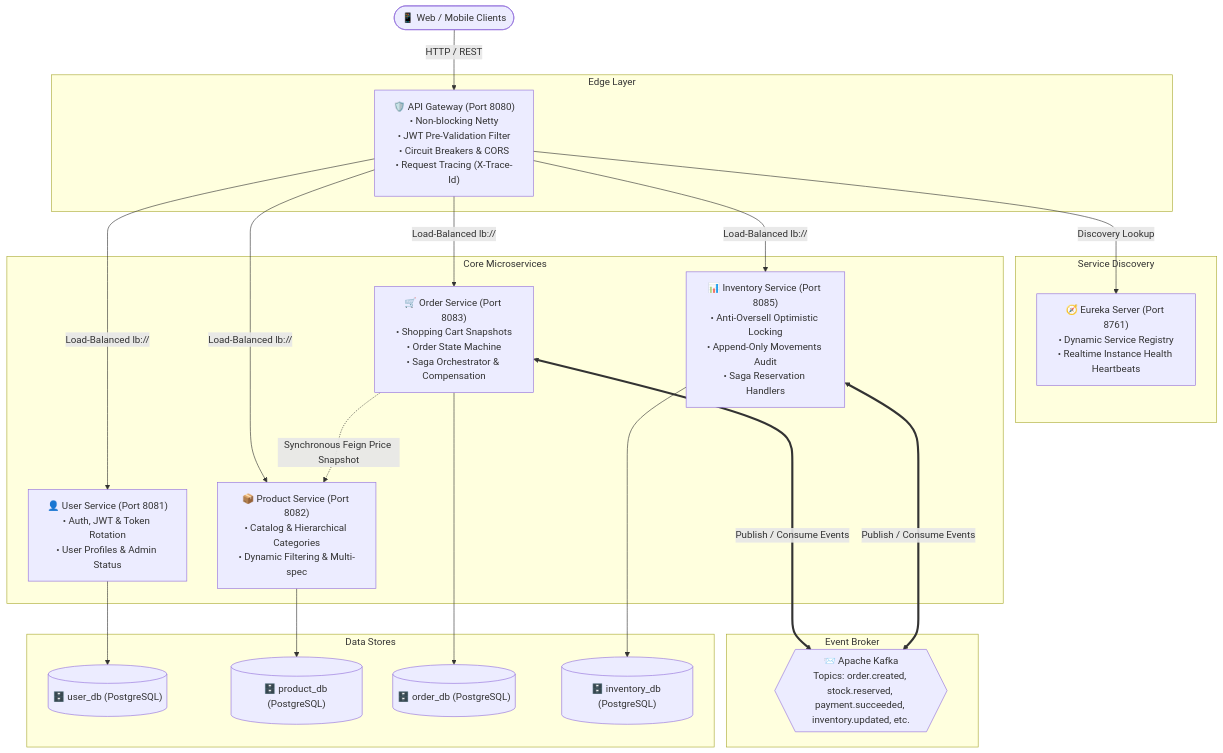
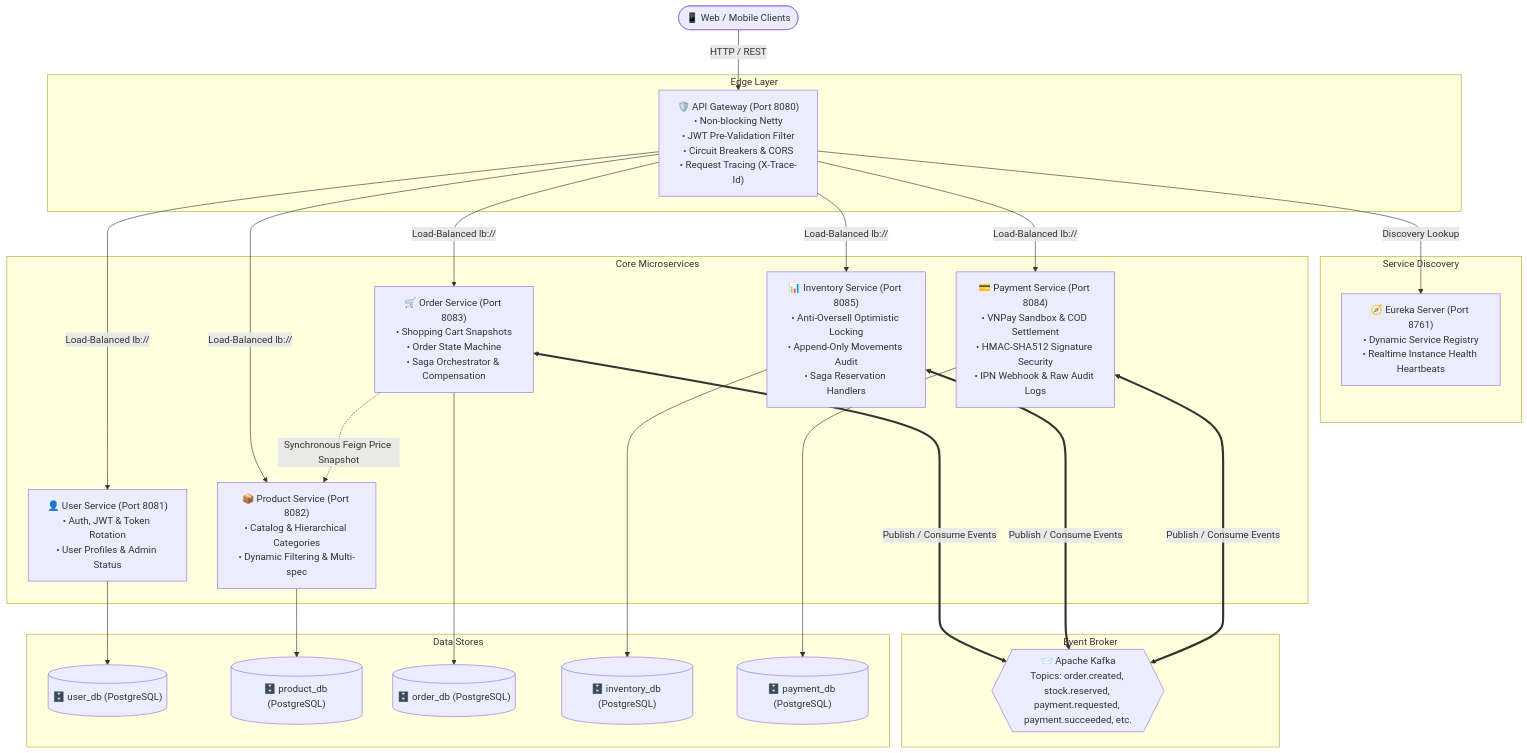
The diagram in README.md (anhnhatdev/minishop), drawn with Mermaid before and after one commit. The commit also changed other lines of this file and 44 other files, not shown here.

````diff
--- a/README.md
+++ b/README.md
@@ -16,46 +16,51 @@
 ```mermaid
 graph TD
     Client(["📱 Web / Mobile Clients"])
     
     subgraph Edge Layer
         Gateway["🛡️ API Gateway (Port 8080)<br/>• Non-blocking Netty<br/>• JWT Pre-Validation Filter<br/>• Circuit Breakers & CORS<br/>• Request Tracing (X-Trace-Id)"]
     end
     
     subgraph Service Discovery
         Eureka["🧭 Eureka Server (Port 8761)<br/>• Dynamic Service Registry<br/>• Realtime Instance Health Heartbeats"]
     end
     
     subgraph Core Microservices
         UserService["👤 User Service (Port 8081)<br/>• Auth, JWT & Token Rotation<br/>• User Profiles & Admin Status"]
         ProductService["📦 Product Service (Port 8082)<br/>• Catalog & Hierarchical Categories<br/>• Dynamic Filtering & Multi-spec"]
         OrderService["🛒 Order Service (Port 8083)<br/>• Shopping Cart Snapshots<br/>• Order State Machine<br/>• Saga Orchestrator & Compensation"]
         InventoryService["📊 Inventory Service (Port 8085)<br/>• Anti-Oversell Optimistic Locking<br/>• Append-Only Movements Audit<br/>• Saga Reservation Handlers"]
+        PaymentService["💳 Payment Service (Port 8084)<br/>• VNPay Sandbox & COD Settlement<br/>• HMAC-SHA512 Signature Security<br/>• IPN Webhook & Raw Audit Logs"]
     end
     
     subgraph Event Broker
-        Kafka{{"📨 Apache Kafka<br/>Topics: order.created, stock.reserved, payment.succeeded, inventory.updated, etc."}}
+        Kafka{{"📨 Apache Kafka<br/>Topics: order.created, stock.reserved, payment.requested, payment.succeeded, etc."}}
     end
 
     subgraph Data Stores
         UserDB[("🗄️ user_db (PostgreSQL)")]
         ProductDB[("🗄️ product_db (PostgreSQL)")]
         OrderDB[("🗄️ order_db (PostgreSQL)")]
         InventoryDB[("🗄️ inventory_db (PostgreSQL)")]
+        PaymentDB[("🗄️ payment_db (PostgreSQL)")]
     end
 
     Client -->|HTTP / REST| Gateway
     Gateway -->|Discovery Lookup| Eureka
     Gateway -->|Load-Balanced lb://| UserService
     Gateway -->|Load-Balanced lb://| ProductService
     Gateway -->|Load-Balanced lb://| OrderService
     Gateway -->|Load-Balanced lb://| InventoryService
+    Gateway -->|Load-Balanced lb://| PaymentService
     
     OrderService -.->|Synchronous Feign Price Snapshot| ProductService
     OrderService <===>|Publish / Consume Events| Kafka
     InventoryService <===>|Publish / Consume Events| Kafka
+    PaymentService <===>|Publish / Consume Events| Kafka
     
     UserService --> UserDB
     ProductService --> ProductDB
     OrderService --> OrderDB
     InventoryService --> InventoryDB
+    PaymentService --> PaymentDB
 ```
````
